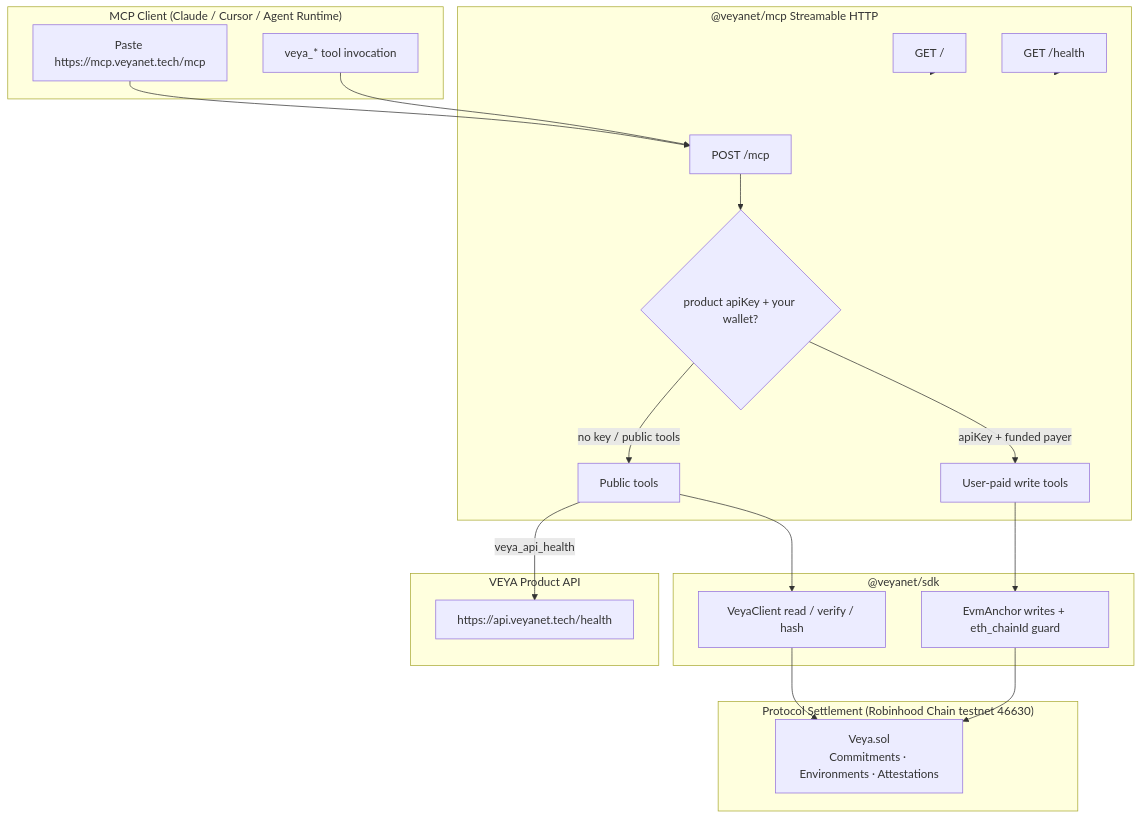
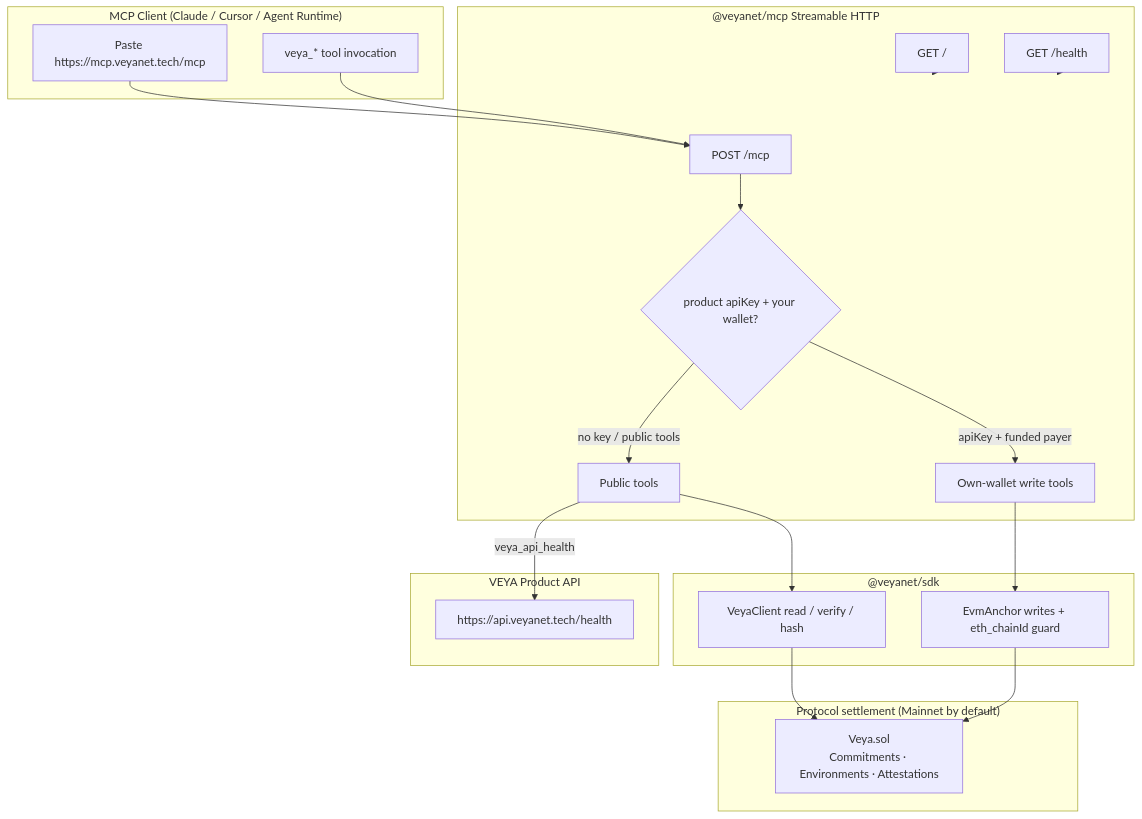
One commit to veyanet/veya-mcp changed the diagram in README.md. Above: the diagram before and after it, drawn with Mermaid. The commit also changed other lines of this file, not shown here.

````diff
--- a/README.md
+++ b/README.md
@@ -90,42 +90,42 @@
 ```mermaid
 flowchart TB
     subgraph ClientSpace["MCP Client (Claude / Cursor / Agent Runtime)"]
         PasteURL["Paste https://mcp.veyanet.tech/mcp"]
         ToolCall["veya_* tool invocation"]
     end
 
     subgraph McpBoundary["@veyanet/mcp Streamable HTTP"]
         Landing["GET /"]
         Health["GET /health"]
         PostMcp["POST /mcp"]
         Auth{"product apiKey + your wallet?"}
         PublicTools["Public tools"]
-        WriteTools["User-paid write tools"]
+        WriteTools["Own-wallet write tools"]
     end
 
     subgraph SdkBoundary["@veyanet/sdk"]
         ReadClient["VeyaClient read / verify / hash"]
         EvmAnchor["EvmAnchor writes + eth_chainId guard"]
     end
 
     subgraph ApiBoundary["VEYA Product API"]
         ApiHealth["https://api.veyanet.tech/health"]
     end
 
-    subgraph Blockchain["Protocol Settlement (Robinhood Chain testnet 46630)"]
+    subgraph Blockchain["Protocol settlement (Mainnet by default)"]
         VeyaSol["Veya.sol\nCommitments · Environments · Attestations"]
     end
 
     PasteURL --> PostMcp
     ToolCall --> PostMcp
     PostMcp --> Auth
     Auth -->|"no key / public tools"| PublicTools
     Auth -->|"apiKey + funded payer"| WriteTools
     PublicTools --> ReadClient
     PublicTools -->|"veya_api_health"| ApiHealth
     WriteTools --> EvmAnchor
     ReadClient --> VeyaSol
     EvmAnchor --> VeyaSol
     Landing --> McpBoundary
     Health --> McpBoundary
 ```
````
